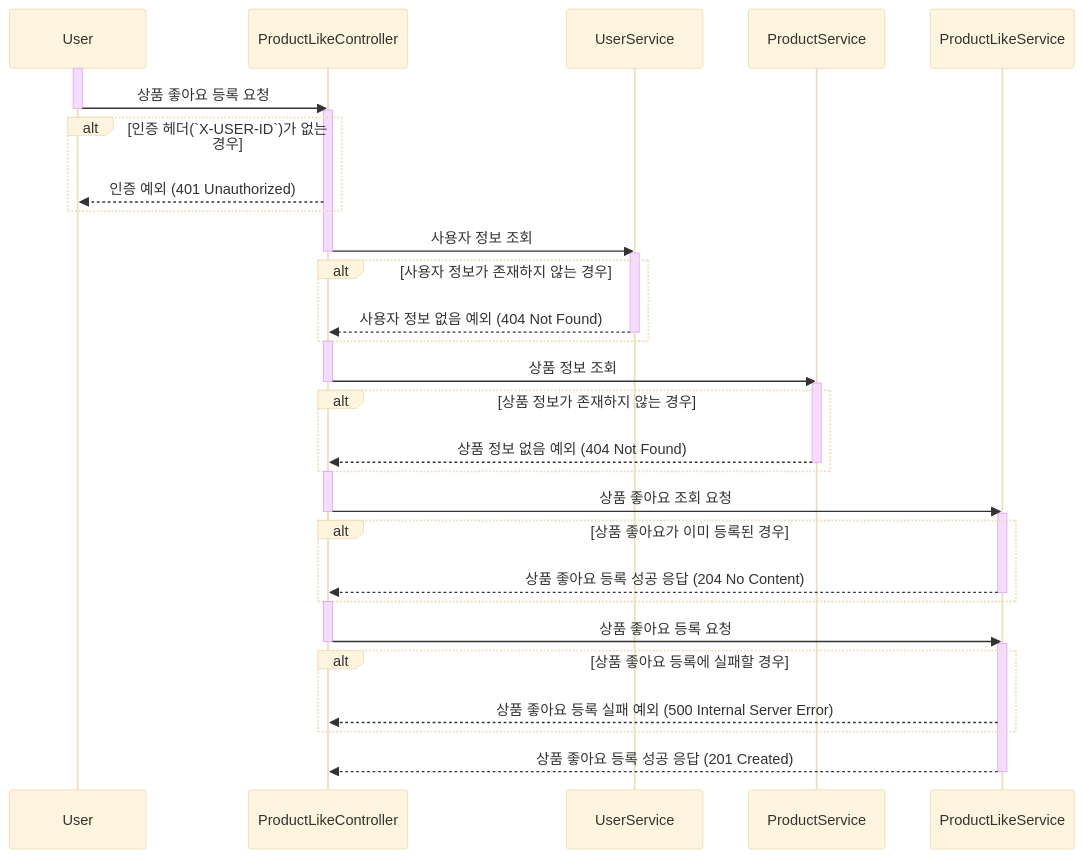
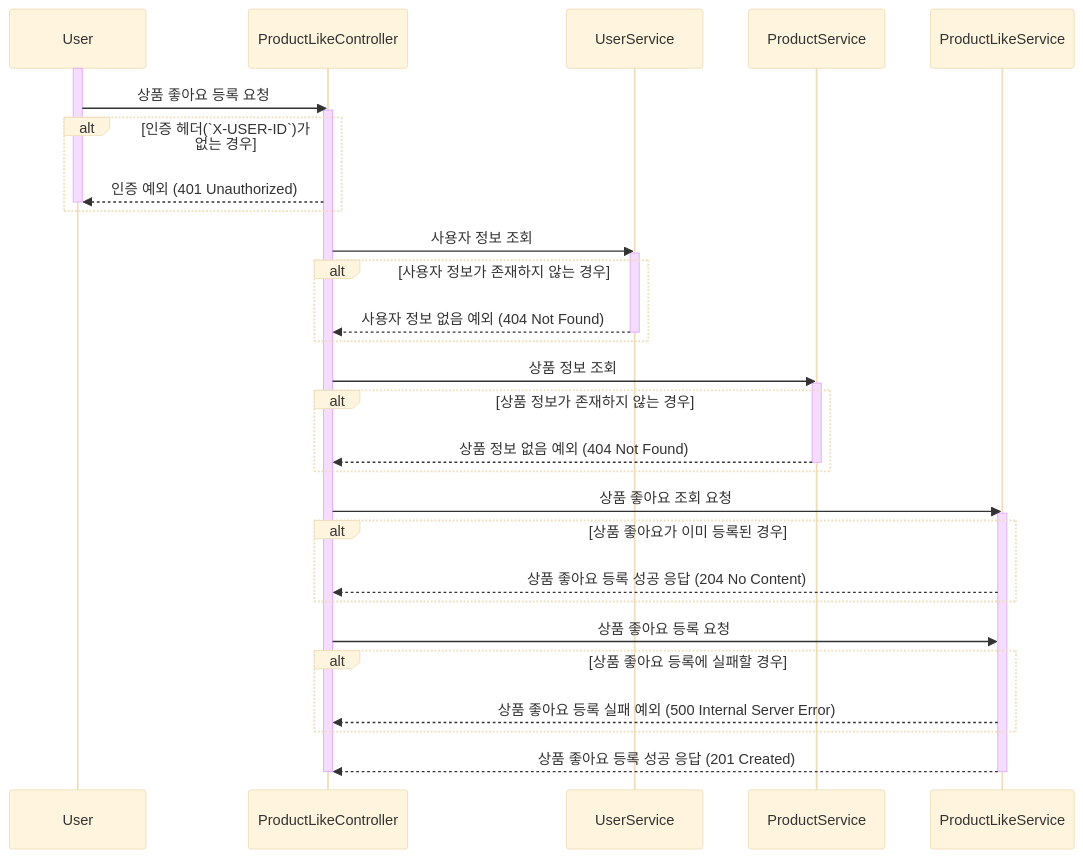
Before and after one commit to kiekk/gamsung-commerce: the first of 3 diagrams in docs/design/02-sequence-diagrams/product-like.md, drawn with Mermaid (base theme). The commit also changed other lines of this file and 5 other files, not shown here.

First line of the commit message:
docs: 시퀀스 다이어그램 수정 (2주차 피드백 반영)

````diff
--- a/docs/design/02-sequence-diagrams/product-like.md
+++ b/docs/design/02-sequence-diagrams/product-like.md
@@ -5,47 +5,39 @@
 ```mermaid
 sequenceDiagram
     participant User
     participant ProductLikeController
     participant UserService
     participant ProductService
     participant ProductLikeService
     activate User
     User ->> ProductLikeController: 상품 좋아요 등록 요청
-    deactivate User
     activate ProductLikeController
     alt 인증 헤더(`X-USER-ID`)가 없는 경우
         ProductLikeController -->> User: 인증 예외 (401 Unauthorized)
+        deactivate User
     end
     ProductLikeController ->> UserService: 사용자 정보 조회
-    deactivate ProductLikeController
     activate UserService
     alt 사용자 정보가 존재하지 않는 경우
         UserService -->> ProductLikeController: 사용자 정보 없음 예외 (404 Not Found)
         deactivate UserService
     end
-    activate ProductLikeController
     ProductLikeController ->> ProductService: 상품 정보 조회
-    deactivate ProductLikeController
     activate ProductService
     alt 상품 정보가 존재하지 않는 경우
         ProductService -->> ProductLikeController: 상품 정보 없음 예외 (404 Not Found)
         deactivate ProductService
     end
-    activate ProductLikeController
     ProductLikeController ->> ProductLikeService: 상품 좋아요 조회 요청
-    deactivate ProductLikeController
     activate ProductLikeService
     alt 상품 좋아요가 이미 등록된 경우
         ProductLikeService -->> ProductLikeController: 상품 좋아요 등록 성공 응답 (204 No Content)
-        deactivate ProductLikeService
     end
-    activate ProductLikeController
     ProductLikeController ->> ProductLikeService: 상품 좋아요 등록 요청
-    deactivate ProductLikeController
-    activate ProductLikeService
     alt 상품 좋아요 등록에 실패할 경우
         ProductLikeService -->> ProductLikeController: 상품 좋아요 등록 실패 예외 (500 Internal Server Error)
     end
     ProductLikeService -->> ProductLikeController: 상품 좋아요 등록 성공 응답 (201 Created)
     deactivate ProductLikeService
+    deactivate ProductLikeController
 ```
````
